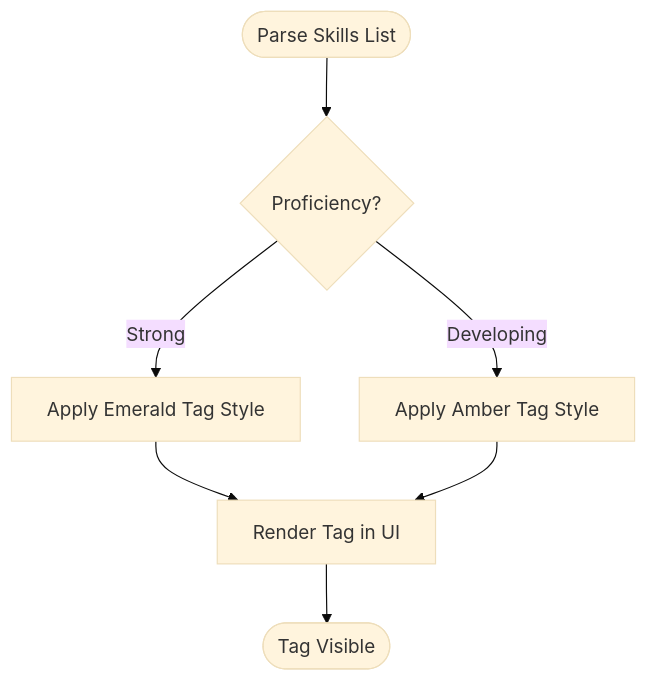
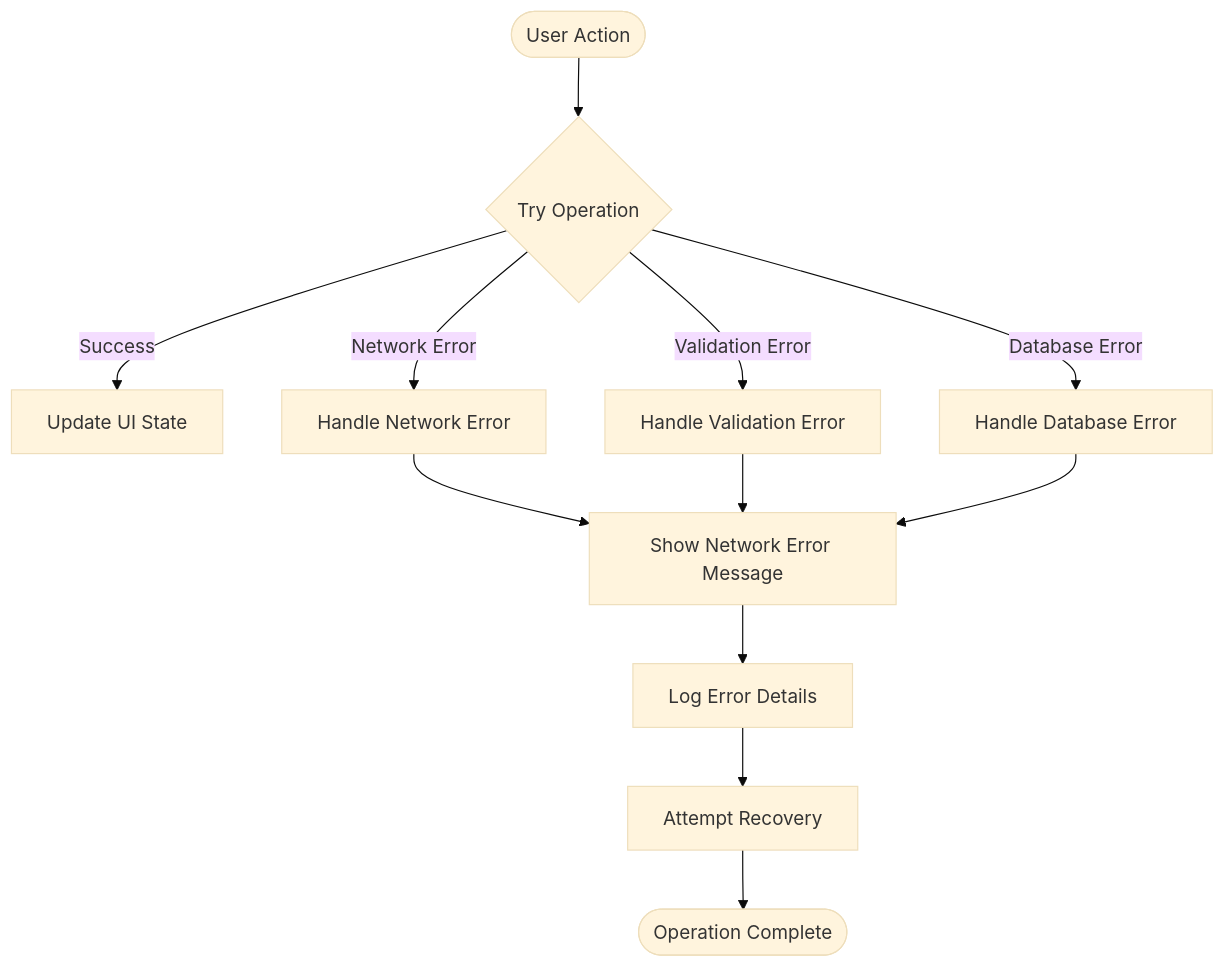
The sixth of 6 diagrams in .qoder/repowiki/en/content/Core Features/Profile Management System.md (Alishba-Moin/CareerCompass), drawn with Mermaid (base theme) before and after one commit. The commit also changed other lines of this file and 38 other files, not shown here.

Commit message:
Add Roadmap pdf download option

````diff
--- a/.qoder/repowiki/en/content/Core Features/Profile Management System.md
+++ b/.qoder/repowiki/en/content/Core Features/Profile Management System.md
@@ -203,9 +357,14 @@
 ```mermaid
 flowchart TD
-Start(["Parse Skills List"]) --> Classify{"Proficiency?"}
-Classify --> |Strong| Emerald["Apply Emerald Tag Style"]
-Classify --> |Developing| Amber["Apply Amber Tag Style"]
-Emerald --> Render["Render Tag in UI"]
-Amber --> Render
-Render --> End(["Tag Visible"])
+Start(["User Action"]) --> Try{"Try Operation"}
+Try --> |Success| Update["Update UI State"]
+Try --> |Network Error| NetworkErr["Handle Network Error"]
+Try --> |Validation Error| ValidationErr["Handle Validation Error"]
+Try --> |Database Error| DBErr["Handle Database Error"]
+NetworkErr --> ShowMsg["Show Network Error Message"]
+ValidationErr --> ShowMsg
+DBErr --> ShowMsg
+ShowMsg --> Log["Log Error Details"]
+Log --> Recover["Attempt Recovery"]
+Recover --> End(["Operation Complete"])
 ```
````
